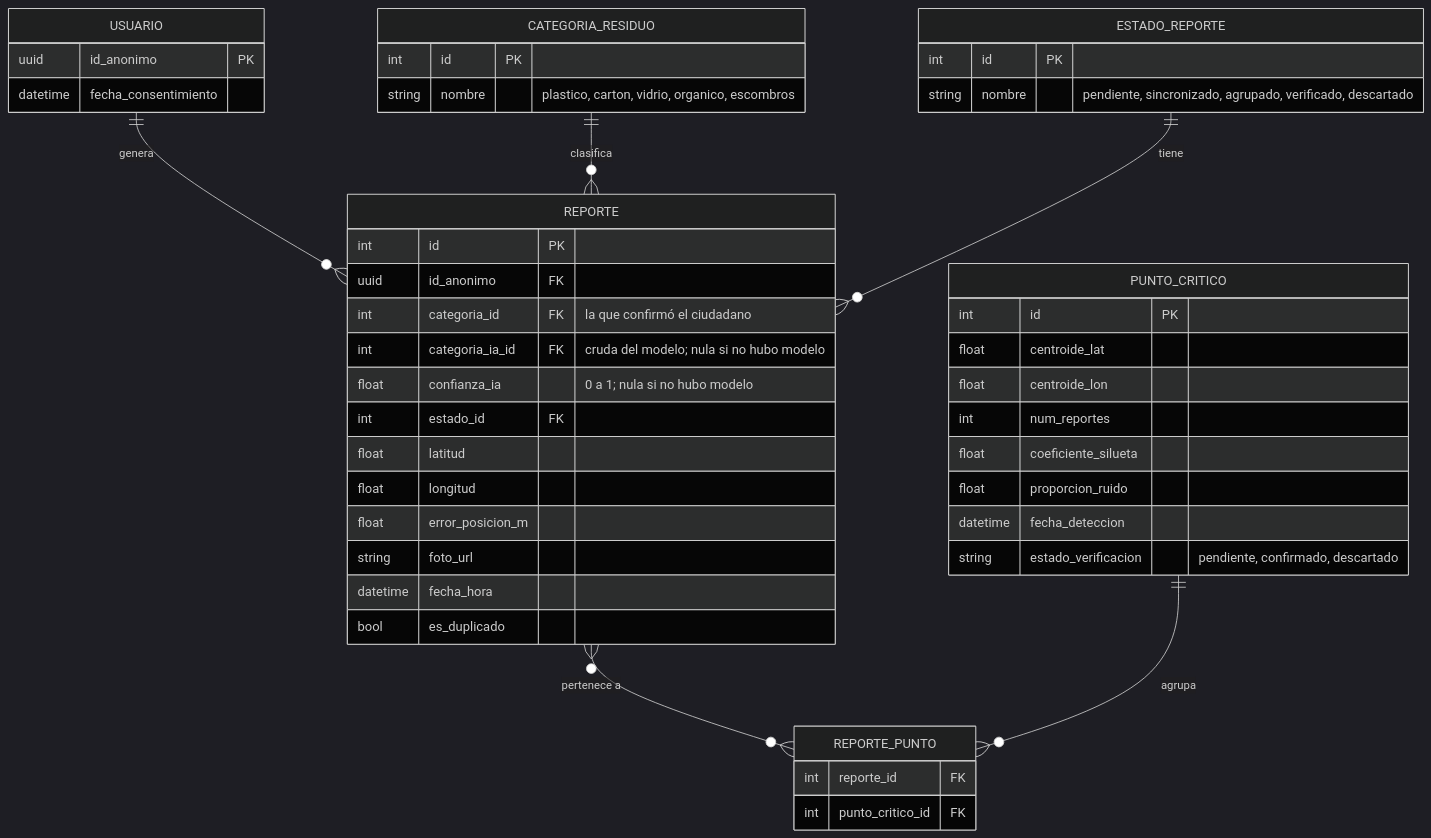
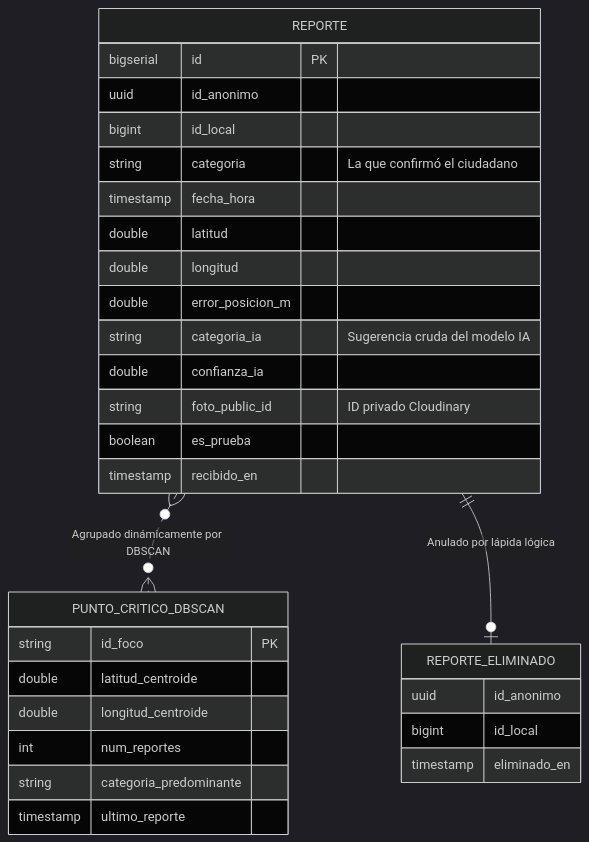
The fourth of 6 diagrams in docs/diseno.md (Romelary/wanchac_app), drawn with Mermaid (dark theme) before and after one commit. The commit also changed other lines of this file and 35 other files, not shown here.

````diff
--- a/docs/diseno.md
+++ b/docs/diseno.md
@@ -313,49 +313,36 @@
 ```mermaid
 erDiagram
-    USUARIO ||--o{ REPORTE : "genera"
-    CATEGORIA_RESIDUO ||--o{ REPORTE : "clasifica"
-    ESTADO_REPORTE ||--o{ REPORTE : "tiene"
-    REPORTE }o--o{ REPORTE_PUNTO : "pertenece a"
-    PUNTO_CRITICO ||--o{ REPORTE_PUNTO : "agrupa"
+    REPORTE {
+        bigserial id PK
+        uuid id_anonimo
+        bigint id_local
+        string categoria "La que confirmó el ciudadano"
+        timestamp fecha_hora
+        double latitud
+        double longitud
+        double error_posicion_m
+        string categoria_ia "Sugerencia cruda del modelo IA"
+        double confianza_ia
+        string foto_public_id "ID privado Cloudinary"
+        boolean es_prueba
+        timestamp recibido_en
+    }
+    
+    REPORTE_ELIMINADO {
+        uuid id_anonimo
+        bigint id_local
+        timestamp eliminado_en
+    }
+    
+    PUNTO_CRITICO_DBSCAN {
+        string id_foco PK
+        double latitud_centroide
+        double longitud_centroide
+        int num_reportes
+        string categoria_predominante
+        timestamp ultimo_reporte
+    }
 
-    USUARIO {
-        uuid id_anonimo PK
-        datetime fecha_consentimiento
-    }
-    CATEGORIA_RESIDUO {
-        int id PK
-        string nombre "plastico, carton, vidrio, organico, escombros"
-    }
-    ESTADO_REPORTE {
-        int id PK
-        string nombre "pendiente, sincronizado, agrupado, verificado, descartado"
-    }
-    REPORTE {
-        int id PK
-        uuid id_anonimo FK
-        int categoria_id FK "la que confirmó el ciudadano"
-        int categoria_ia_id FK "cruda del modelo; nula si no hubo modelo"
-        float confianza_ia "0 a 1; nula si no hubo modelo"
-        int estado_id FK
-        float latitud
-        float longitud
-        float error_posicion_m
-        string foto_url
-        datetime fecha_hora
-        bool es_duplicado
-    }
-    PUNTO_CRITICO {
-        int id PK
-        float centroide_lat
-        float centroide_lon
-        int num_reportes
-        float coeficiente_silueta
-        float proporcion_ruido
-        datetime fecha_deteccion
-        string estado_verificacion "pendiente, confirmado, descartado"
-    }
-    REPORTE_PUNTO {
-        int reporte_id FK
-        int punto_critico_id FK
-    }
+    REPORTE }o..o{ PUNTO_CRITICO_DBSCAN : "Agrupado dinámicamente por DBSCAN"
+    REPORTE ||--o| REPORTE_ELIMINADO : "Anulado por lápida lógica"
 ```
````
